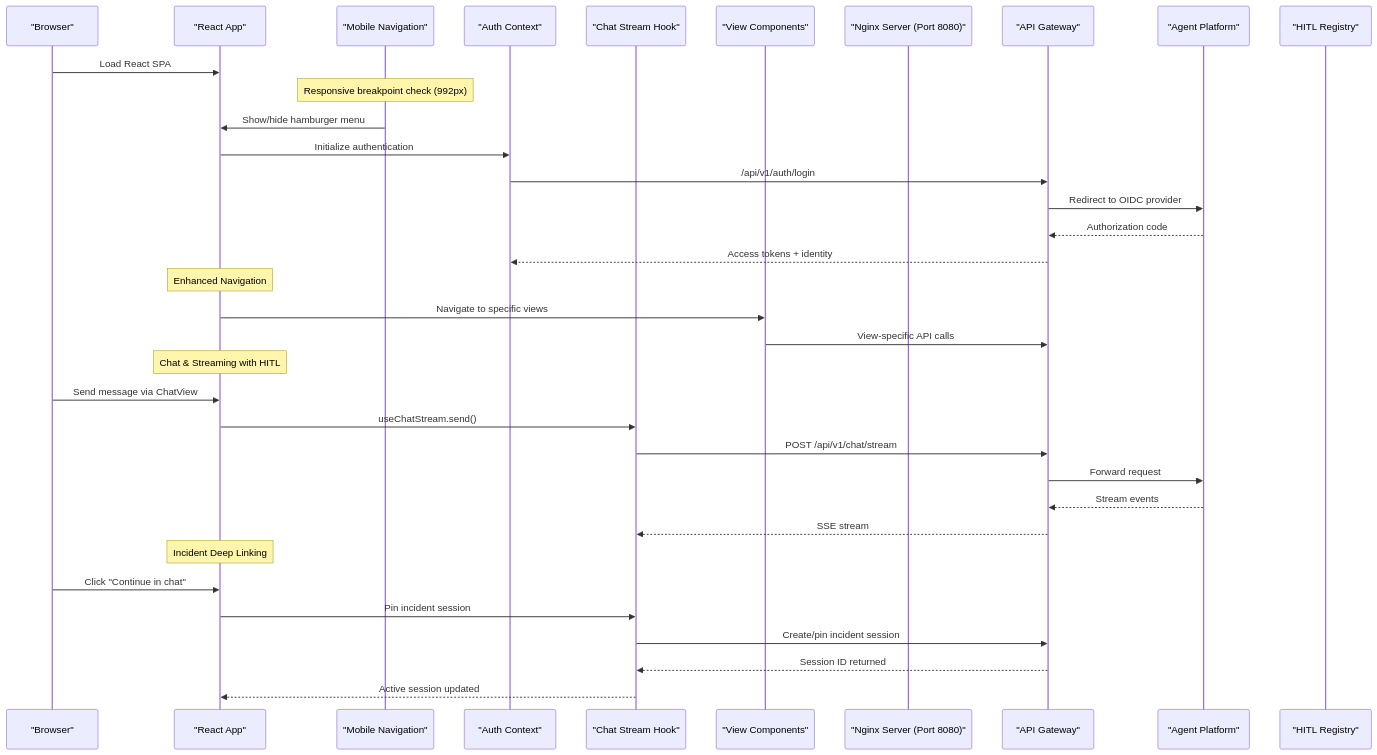
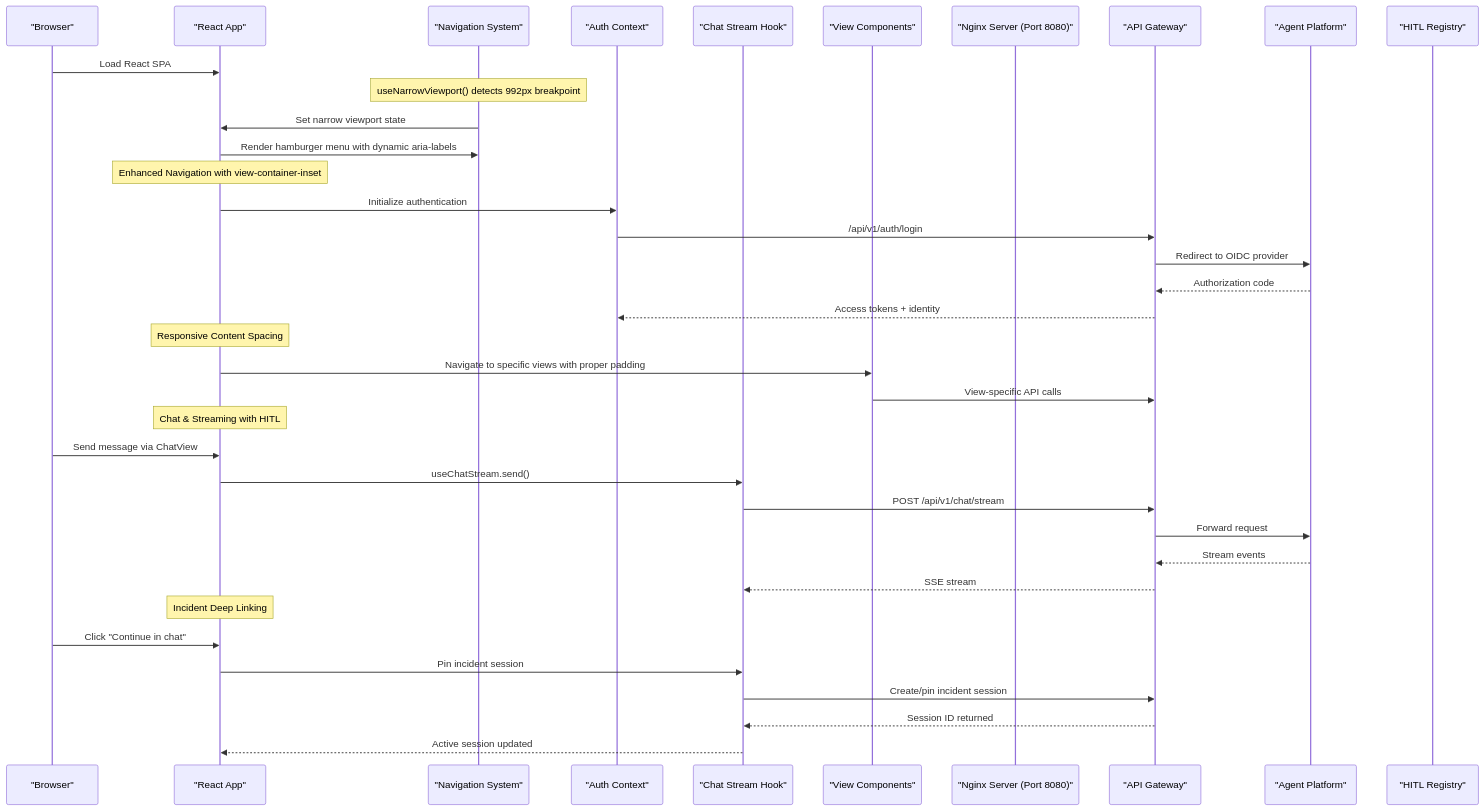
Before and after one commit to metasync/luban-aiops: the second of 2 diagrams in .qoder/repowiki/en/content/Operator Portal.md, drawn with Mermaid. The commit also changed other lines of this file and 2 other files, not shown here.

````diff
--- a/.qoder/repowiki/en/content/Operator Portal.md
+++ b/.qoder/repowiki/en/content/Operator Portal.md
@@ -192,37 +204,39 @@
 ```mermaid
 sequenceDiagram
 participant User as "Browser"
 participant React as "React App"
-participant MobileNav as "Mobile Navigation"
+participant Nav as "Navigation System"
 participant Auth as "Auth Context"
 participant Stream as "Chat Stream Hook"
 participant Views as "View Components"
 participant Nginx as "Nginx Server (Port 8080)"
 participant Gateway as "API Gateway"
 participant Agent as "Agent Platform"
 participant HITL as "HITL Registry"
 User->>React : Load React SPA
-Note over MobileNav : Responsive breakpoint check (992px)
-MobileNav->>React : Show/hide hamburger menu
+Note over Nav : useNarrowViewport() detects 992px breakpoint
+Nav->>React : Set narrow viewport state
+React->>Nav : Render hamburger menu with dynamic aria-labels
+Note over React : Enhanced Navigation with view-container-inset
 React->>Auth : Initialize authentication
 Auth->>Gateway : /api/v1/auth/login
 Gateway->>Agent : Redirect to OIDC provider
 Agent-->>Gateway : Authorization code
 Gateway-->>Auth : Access tokens + identity
-Note over React : Enhanced Navigation
-React->>Views : Navigate to specific views
+Note over React : Responsive Content Spacing
+React->>Views : Navigate to specific views with proper padding
 Views->>Gateway : View-specific API calls
 Note over React : Chat & Streaming with HITL
 User->>React : Send message via ChatView
 React->>Stream : useChatStream.send()
 Stream->>Gateway : POST /api/v1/chat/stream
 Gateway->>Agent : Forward request
 Agent-->>Gateway : Stream events
 Gateway-->>Stream : SSE stream
 Note over React : Incident Deep Linking
 User->>React : Click "Continue in chat"
 React->>Stream : Pin incident session
 Stream->>Gateway : Create/pin incident session
 Gateway-->>Stream : Session ID returned
 Stream-->>React : Active session updated
 ```
````
